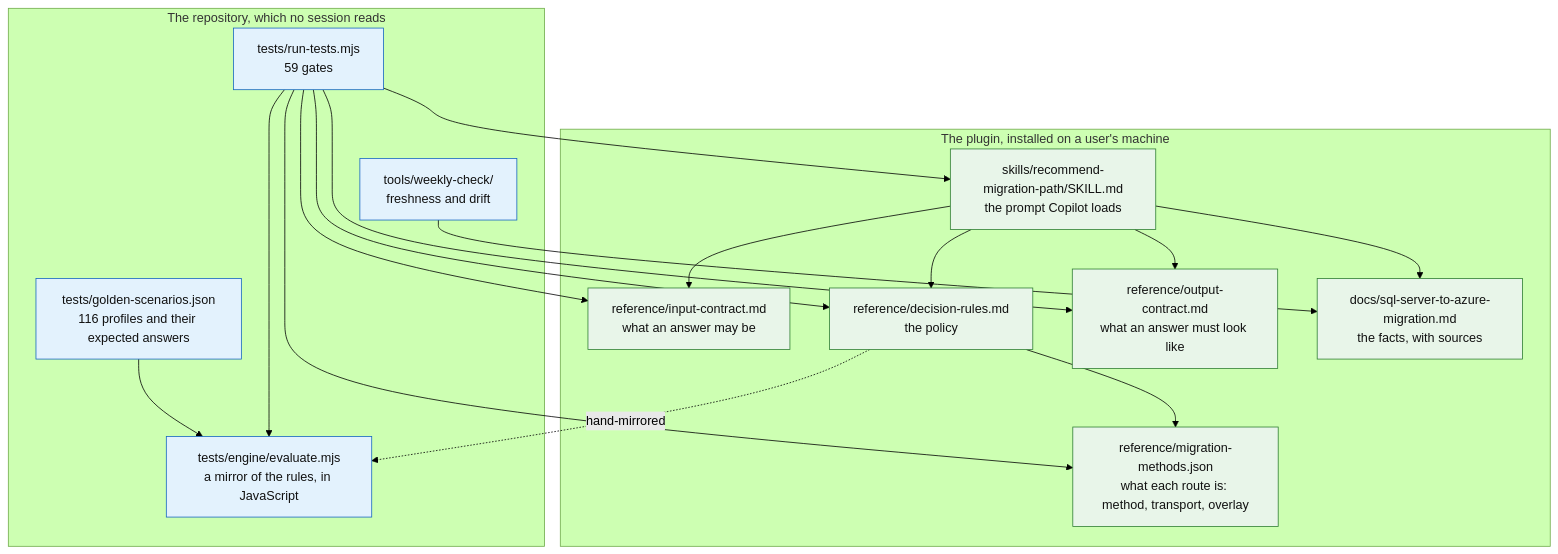
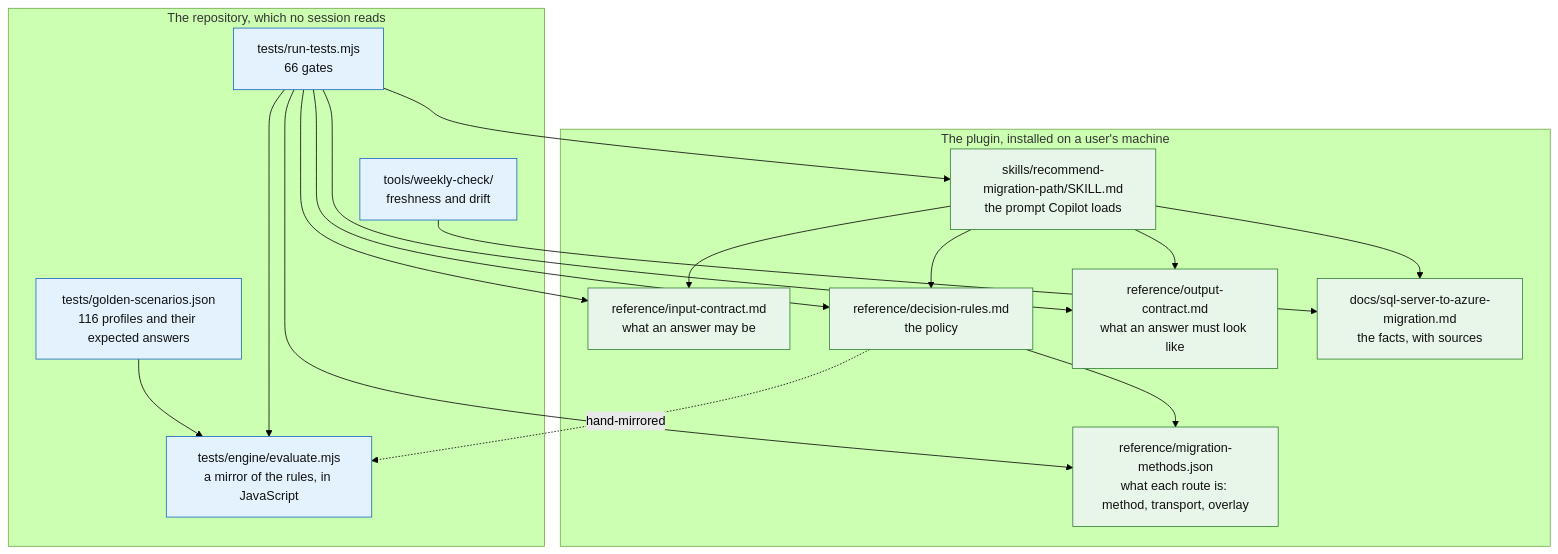
Before and after one commit to fredgis/sql-migration-advisor: the first of 3 diagrams in docs/ARCHITECTURE.md, drawn with Mermaid (forest theme). The commit also changed other lines of this file and 25 other files, not shown here.

````diff
--- a/docs/ARCHITECTURE.md
+++ b/docs/ARCHITECTURE.md
@@ -28,38 +28,38 @@
 ```mermaid
 flowchart TD
     subgraph plugin["The plugin, installed on a user's machine"]
       SK["skills/recommend-migration-path/SKILL.md<br/>the prompt Copilot loads"]
       IC["reference/input-contract.md<br/>what an answer may be"]
       DR["reference/decision-rules.md<br/>the policy"]
       OC["reference/output-contract.md<br/>what an answer must look like"]
       MM["reference/migration-methods.json<br/>what each route is: method, transport, overlay"]
       KB["docs/sql-server-to-azure-migration.md<br/>the facts, with sources"]
     end
 
     subgraph repo["The repository, which no session reads"]
       EN["tests/engine/evaluate.mjs<br/>a mirror of the rules, in JavaScript"]
       GS["tests/golden-scenarios.json<br/>116 profiles and their expected answers"]
-      GA["tests/run-tests.mjs<br/>59 gates"]
+      GA["tests/run-tests.mjs<br/>66 gates"]
       WK["tools/weekly-check/<br/>freshness and drift"]
     end
 
     SK --> IC
     SK --> DR
     SK --> OC
     SK --> KB
     DR --> MM
     DR -.->|hand-mirrored| EN
     GS --> EN
     GA --> EN
     GA --> SK
     GA --> IC
     GA --> DR
     GA --> OC
     GA --> MM
     WK --> KB
 
     classDef live fill:#e8f5e9,stroke:#2e7d32,color:#111
     classDef test fill:#e3f2fd,stroke:#1565c0,color:#111
     class SK,IC,DR,OC,KB,MM live
     class EN,GS,GA,WK test
 ```
````
